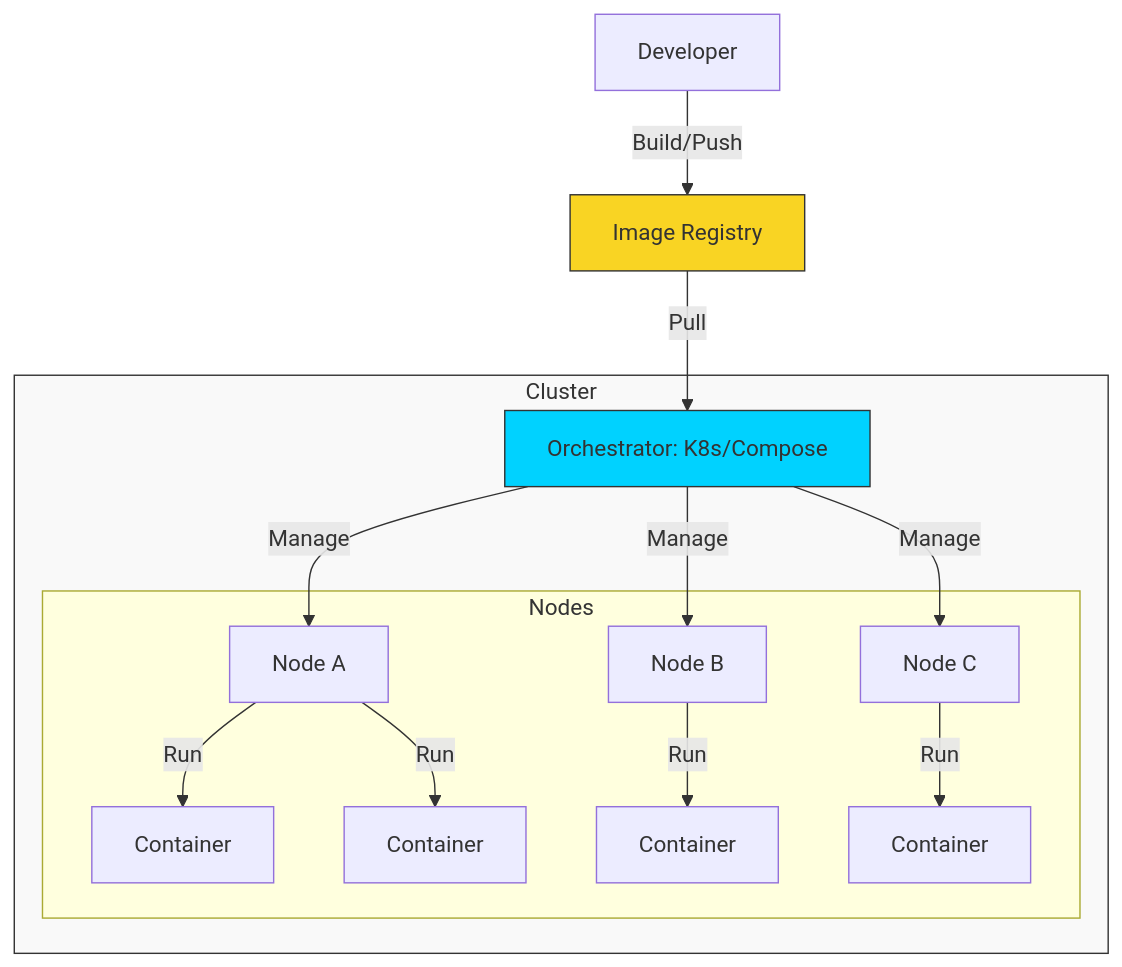
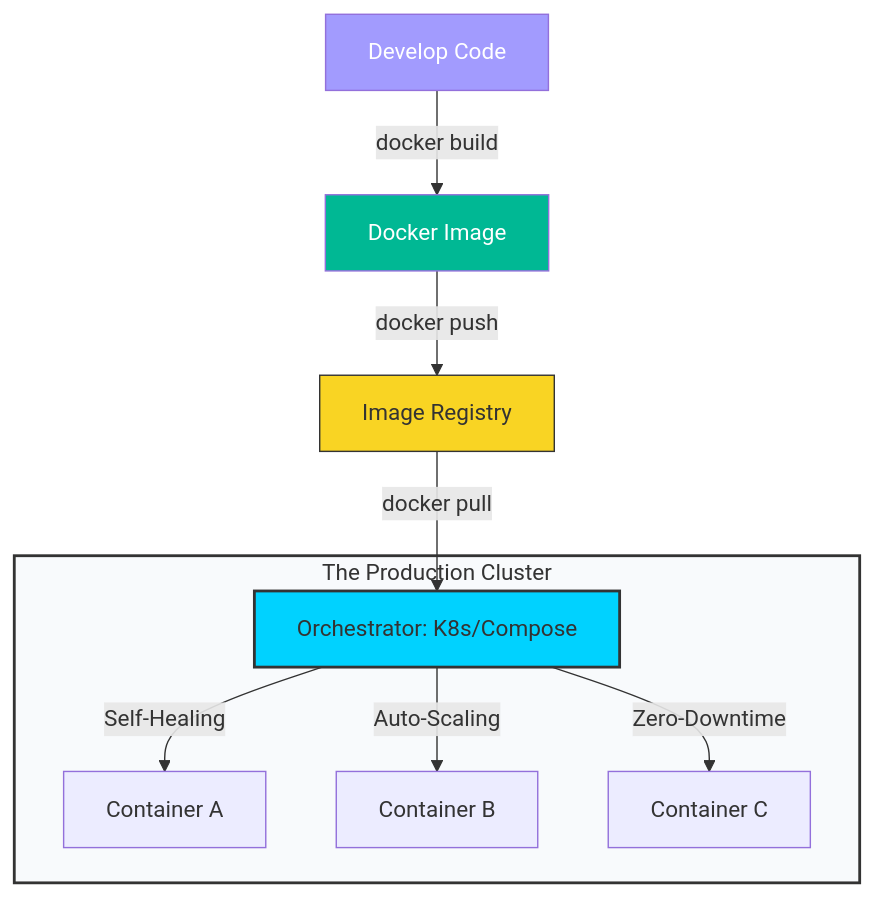
Before and after one commit to Ganil151/Devops: the diagram in 1-Beginner/03-Phase-3/01-Container-Orchestration/README.md, drawn with Mermaid. The commit also changed other lines of this file and 170 other files, not shown here.

````diff
--- a/1-Beginner/03-Phase-3/01-Container-Orchestration/README.md
+++ b/1-Beginner/03-Phase-3/01-Container-Orchestration/README.md
@@ -5,22 +5,19 @@
 ```mermaid
 graph TD
-    User[Developer] -->|Build/Push| Registry[Image Registry]
-    Registry -->|Pull| Orchestrator[Orchestrator: K8s/Compose]
+    User[Develop Code] -->|docker build| Image[Docker Image]
+    Image -->|docker push| Registry[Image Registry]
     
-    subgraph Cluster
-    Orchestrator -->|Manage| Node1[Node A]
-    Orchestrator -->|Manage| Node2[Node B]
-    Orchestrator -->|Manage| Node3[Node C]
-    
-    subgraph Nodes
-    Node1 -->|Run| P1[Container]
-    Node1 -->|Run| P2[Container]
-    Node2 -->|Run| P3[Container]
-    Node3 -->|Run| P4[Container]
-    end
+    subgraph Cluster[The Production Cluster]
+        Orchestrator[Orchestrator: K8s/Compose] -->|Self-Healing| P1[Container A]
+        Orchestrator -->|Auto-Scaling| P2[Container B]
+        Orchestrator -->|Zero-Downtime| P3[Container C]
     end
     
-    style Orchestrator fill:#00d2ff,stroke:#333
-    style Cluster fill:#f9f9f9,stroke:#333
+    Registry -->|docker pull| Orchestrator
+    
+    style Cluster fill:#f8fafc,stroke:#333,stroke-width:2px
+    style Orchestrator fill:#00d2ff,stroke:#333,stroke-width:2px
     style Registry fill:#f9d423,stroke:#333
+    style Image fill:#00b894,color:#fff
+    style User fill:#a29bfe,color:#fff
 ```
````
